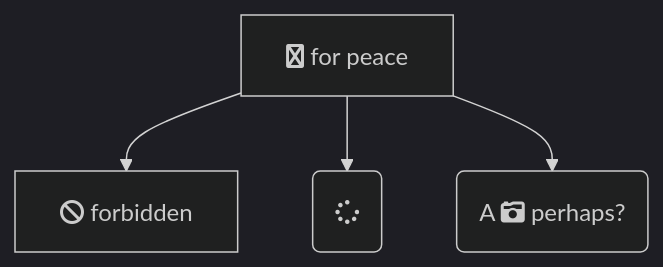
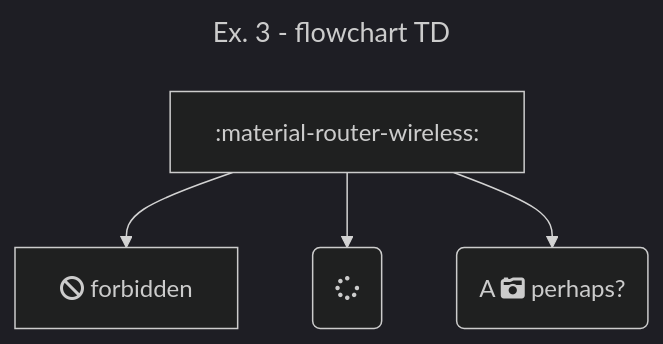
Diagram 19 of 24 in docs/test/diagrams.md (wHkr/Life-Systems), drawn with Mermaid (dark theme) before and after one commit. The commit also changed other lines of this file and 20 other files, not shown here.

````diff
--- a/docs/test/diagrams.md
+++ b/docs/test/diagrams.md
@@ -257,7 +275,10 @@
 ```mermaid
+---
+title: Ex. 3 - flowchart TD
+---
 flowchart TD
-    B["fa:fa-twitter for peace"]
+    B[":material-router-wireless:"]
     B-->C[fa:fa-ban forbidden]
     B-->D(fa:fa-spinner)
     B-->E(A fa:fa-camera-retro perhaps?)
 ```
````
